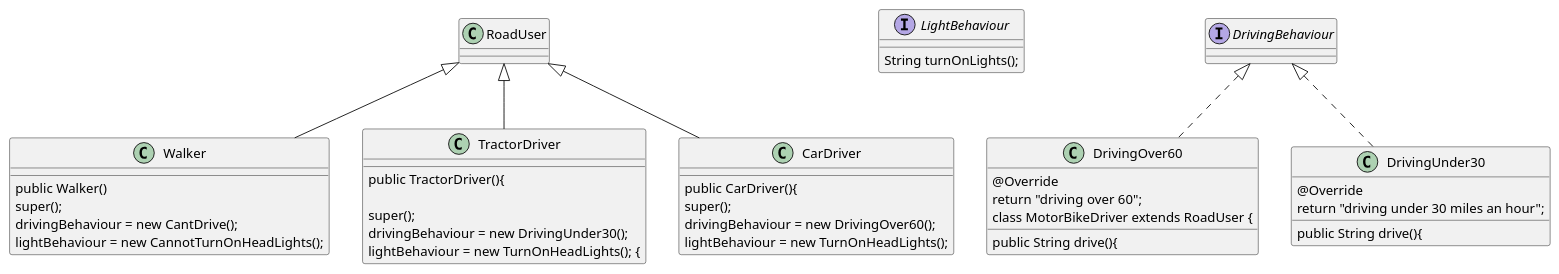
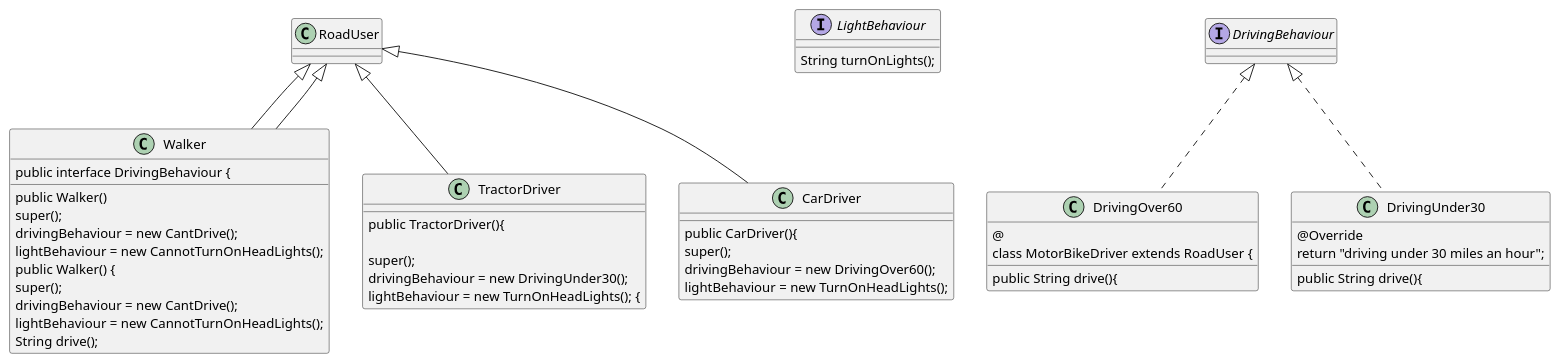
One commit to DeclanBU/Design_Patterns_Project changed the diagram in plantUmlDiagrams/Strategy.puml. Above: the diagram before and after it, drawn with PlantUML. The commit also changed 13 other files, not shown here.

Commit message:
Added uml Template Decorator Factory State diagrams

```diff
--- a/plantUmlDiagrams/Strategy.puml
+++ b/plantUmlDiagrams/Strategy.puml
@@ -1,47 +1,58 @@
 @startuml
 
  class Walker extends RoadUser {
 
    public Walker()
        super();
        drivingBehaviour = new CantDrive();
        lightBehaviour = new CannotTurnOnHeadLights();
 
 
 }
  class TractorDriver extends RoadUser {
 
 
     public TractorDriver(){
 
         super();
     drivingBehaviour = new DrivingUnder30();
     lightBehaviour = new TurnOnHeadLights(); {
 }
  class CarDriver extends RoadUser {
 
     public CarDriver(){
         super();
         drivingBehaviour = new DrivingOver60();
         lightBehaviour = new TurnOnHeadLights();
 
 }
  interface LightBehaviour {
     String turnOnLights();
 }
  class DrivingOver60 implements DrivingBehaviour {
 
-    @Override
+    @
     public String drive(){
-        return "driving over 60";
   class MotorBikeDriver extends RoadUser {
 
 }
  class DrivingUnder30 implements DrivingBehaviour {
 
     @Override
     public String drive(){
         return "driving under 30 miles an hour";
 
 }
+ class Walker extends RoadUser {
+
+   public Walker() {
+       super();
+       drivingBehaviour = new CantDrive();
+       lightBehaviour = new CannotTurnOnHeadLights();
+
+       public interface DrivingBehaviour {
+           String drive();
+
+
+   }
 @enduml
```
